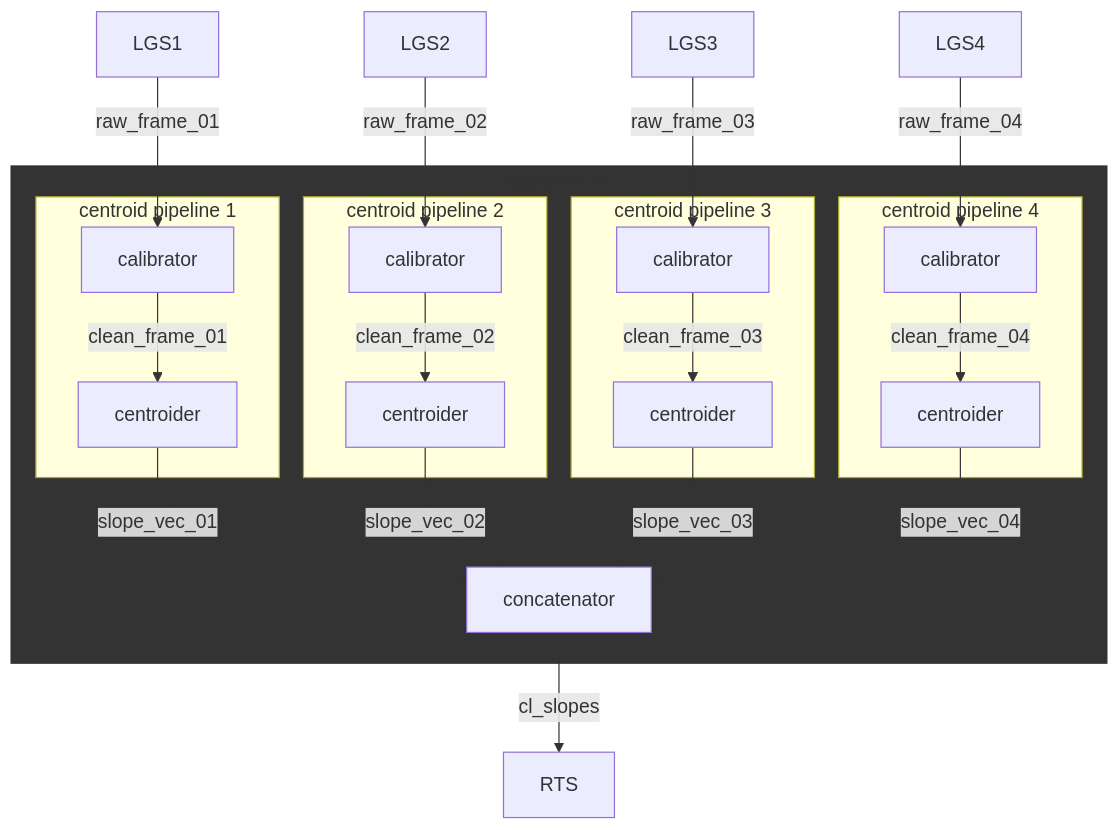
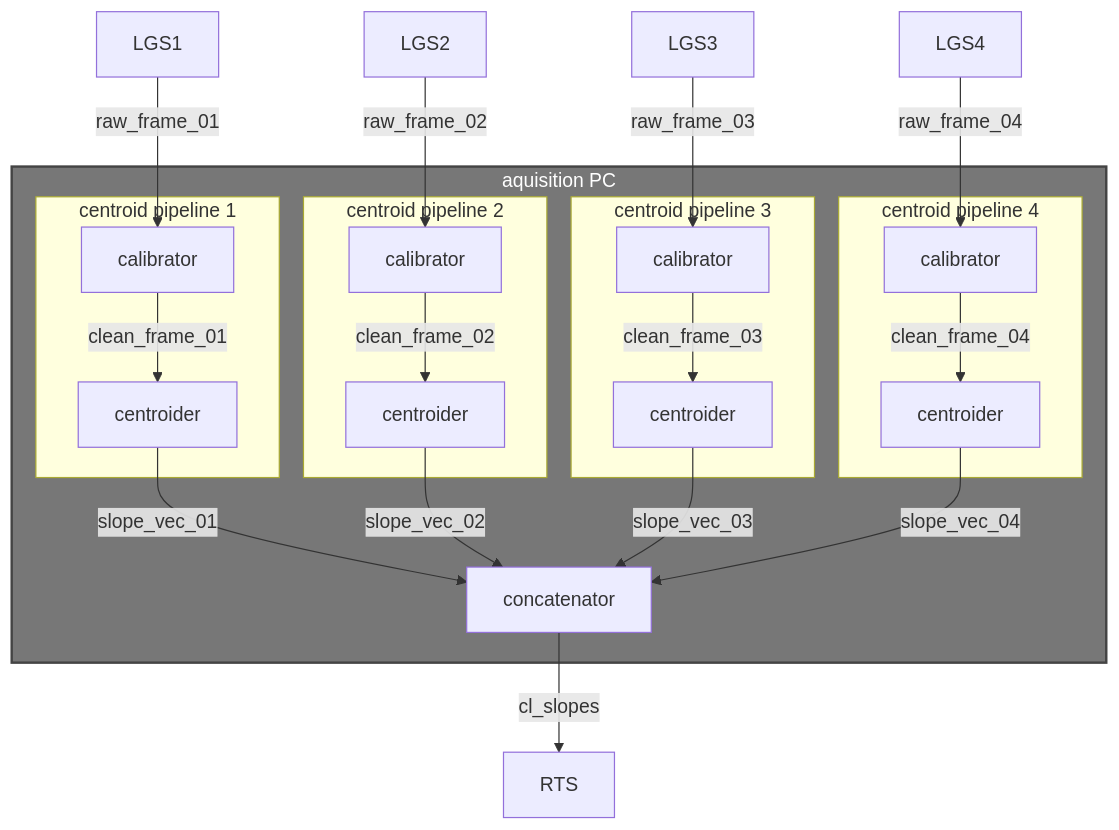
One commit to jcranney/ultimate-rts-devtools changed the first of 2 diagrams in README.md. Above: the diagram before and after it, drawn with Mermaid. The commit also changed other lines of this file and 4 other files, not shown here.

````diff
--- a/README.md
+++ b/README.md
@@ -21,27 +21,27 @@
 ```mermaid
 graph TD
     subgraph A["aquisition PC"]
-        style A fill:#333,stroke:#333,stroke-width:2px;
+        style A fill:#777,stroke:#444,stroke-width:2px,color:#fff;
         subgraph sg1[centroid pipeline 1]
             cal01[calibrator]--clean_frame_01-->cent01[centroider]
         end
         cent01--slope_vec_01-->concatenator
         subgraph sg2[centroid pipeline 2]
             cal02[calibrator]--clean_frame_02-->cent02[centroider]
         end
         cent02--slope_vec_02-->concatenator
         subgraph sg3[centroid pipeline 3]
             cal03[calibrator]--clean_frame_03-->cent03[centroider]
         end
         cent03--slope_vec_03-->concatenator
         subgraph sg4[centroid pipeline 4]
             cal04[calibrator]--clean_frame_04-->cent04[centroider]
         end
         cent04--slope_vec_04-->concatenator
     end
     concatenator--cl_slopes-->RTS
     LGS1--raw_frame_01-->cal01
     LGS2--raw_frame_02-->cal02
     LGS3--raw_frame_03-->cal03
     LGS4--raw_frame_04-->cal04
 ```
````
